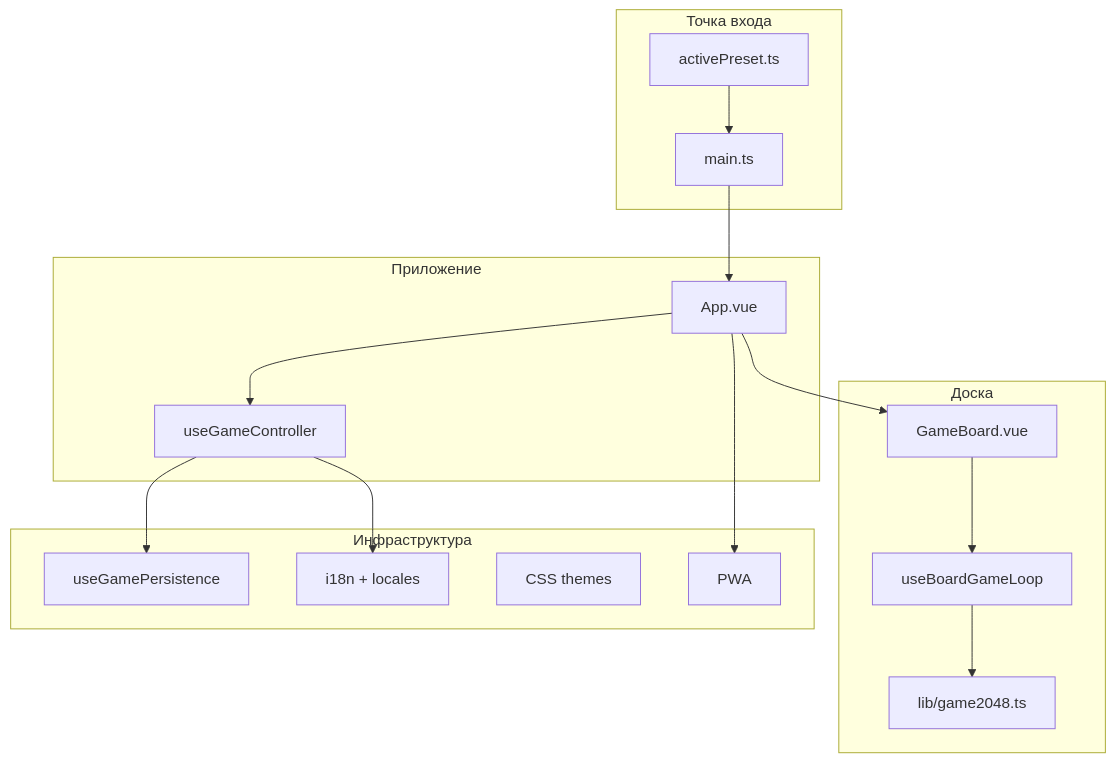
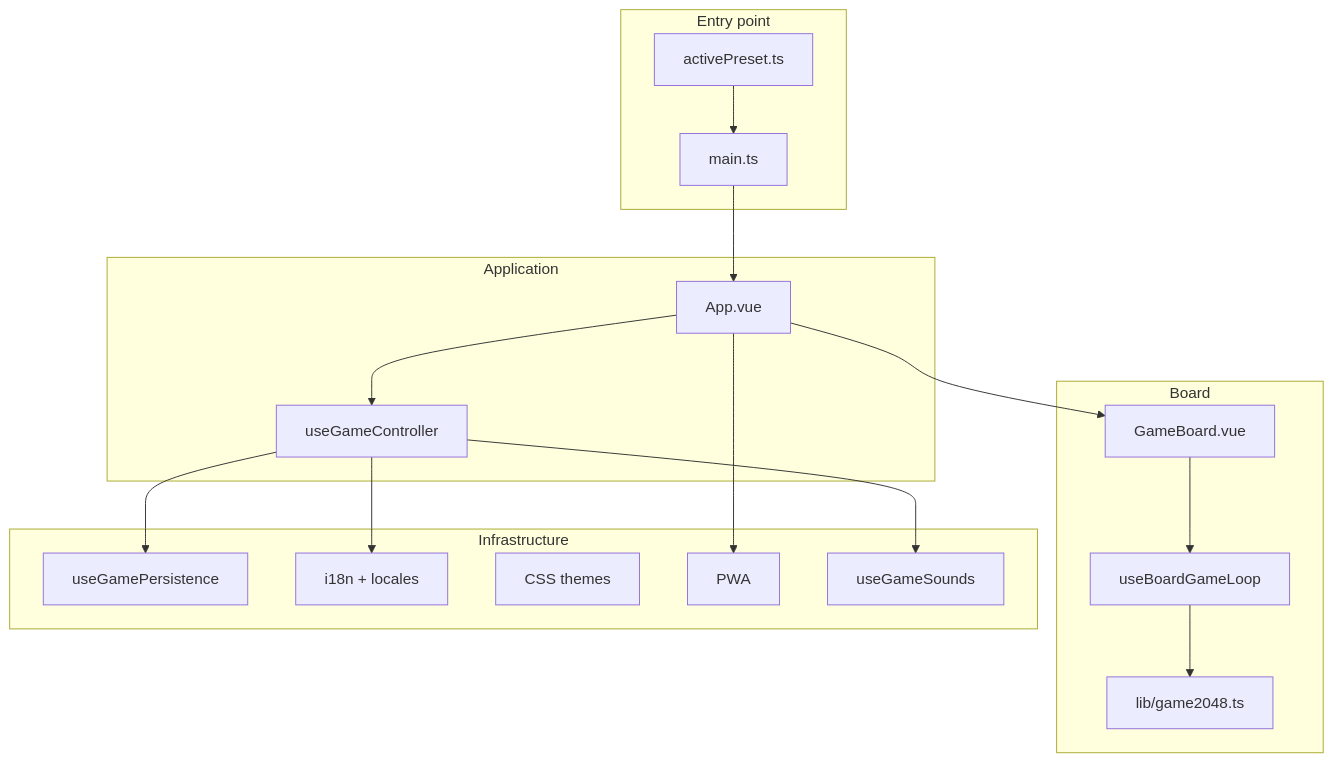
The first of 2 diagrams in README.md (git-dmitriy/game2048), drawn with Mermaid before and after one commit. The commit also changed other lines of this file, not shown here.

````diff
--- a/README.md
+++ b/README.md
@@ -52,34 +55,36 @@
 ```mermaid
 flowchart TB
-  subgraph entry [Точка входа]
+  subgraph entry [Entry point]
     main[main.ts]
     preset[activePreset.ts]
   end
 
-  subgraph app [Приложение]
+  subgraph app [Application]
     App[App.vue]
     ctrl[useGameController]
   end
 
-  subgraph board [Доска]
+  subgraph board [Board]
     GB[GameBoard.vue]
     loop[useBoardGameLoop]
     engine[lib/game2048.ts]
   end
 
-  subgraph infra [Инфраструктура]
+  subgraph infra [Infrastructure]
     persist[useGamePersistence]
     i18n[i18n + locales]
     themes[CSS themes]
     pwa[PWA]
+    sounds[useGameSounds]
   end
 
   main --> App
   preset --> main
   App --> ctrl
   App --> GB
   GB --> loop --> engine
   ctrl --> persist
   ctrl --> i18n
+  ctrl --> sounds
   App --> pwa
 ```
````
